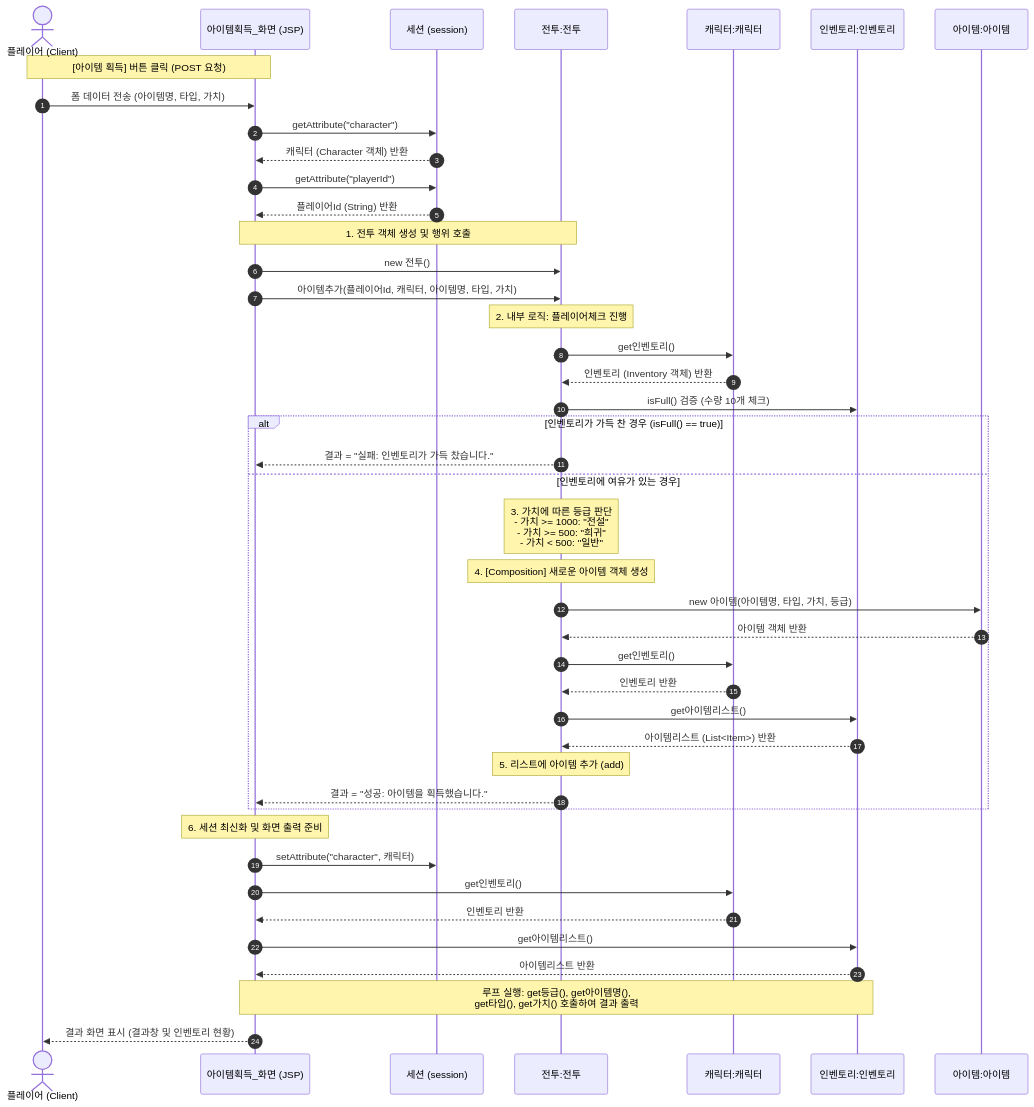
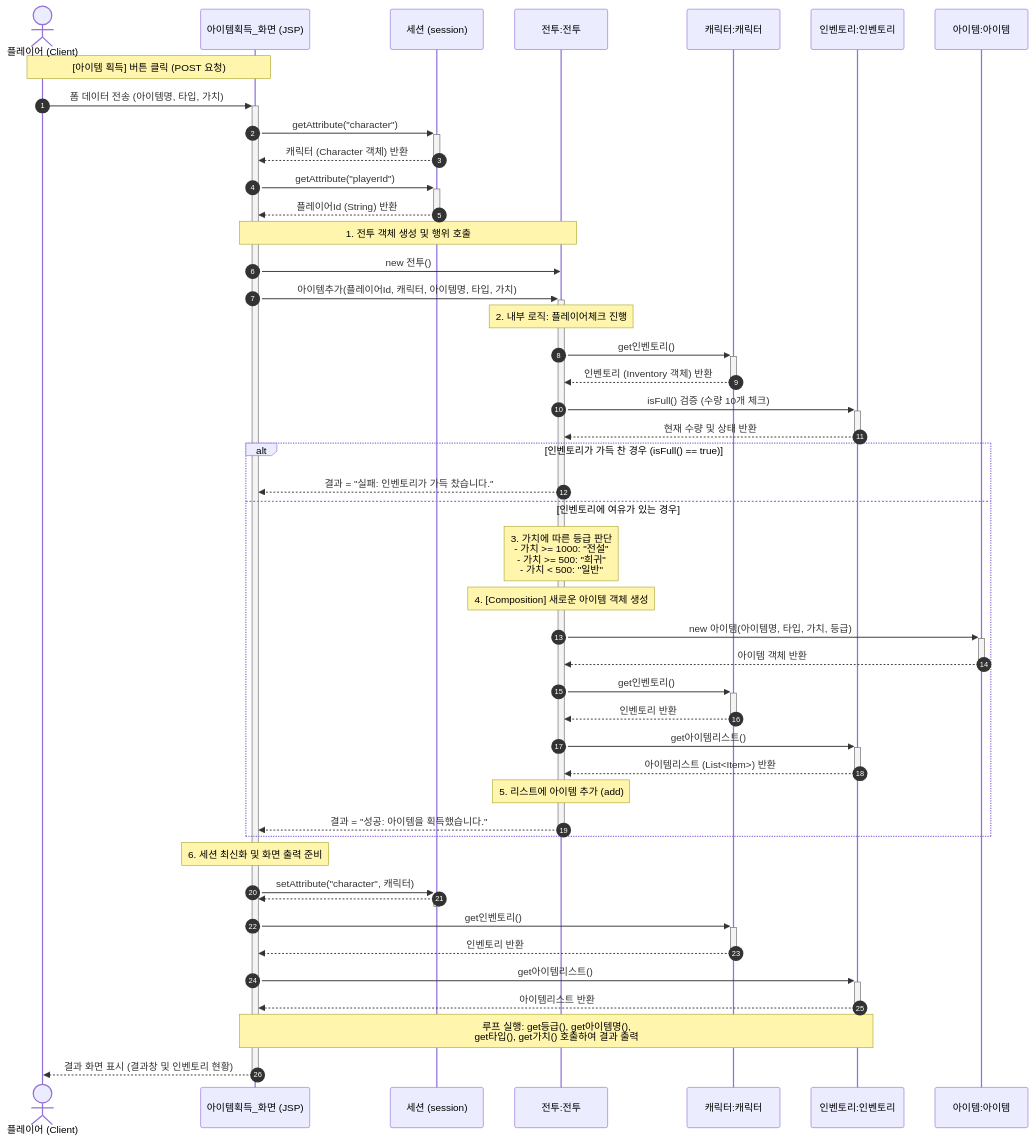
One commit to Sewqp/DnF_Battle2_B_06- changed the diagram in 아이템획득순차도.md. Above: the diagram before and after it, drawn with Mermaid.

````diff
--- a/아이템획득순차도.md
+++ b/아이템획득순차도.md
@@ -1,63 +1,65 @@
 ```mermaid
 sequenceDiagram
     autonumber
     actor 플레이어 as 플레이어 (Client)
     participant 화면 as 아이템획득_화면 (JSP)
     participant 세션 as 세션 (session)
     participant 전투 as 전투:전투
     participant 캐릭터 as 캐릭터:캐릭터
     participant 인벤토리 as 인벤토리:인벤토리
     participant 아이템 as 아이템:아이템
 
     Note over 플레이어, 화면: [아이템 획득] 버튼 클릭 (POST 요청)
-    플레이어->>화면: 폼 데이터 전송 (아이템명, 타입, 가치)
+    플레이어->>+화면: 폼 데이터 전송 (아이템명, 타입, 가치)
     
     %% 세션 확인 단계
-    화면->>세션: getAttribute("character")
-    세션-->>화면: 캐릭터 (Character 객체) 반환
-    화면->>세션: getAttribute("playerId")
-    세션-->>화면: 플레이어Id (String) 반환
+    화면->>+세션: getAttribute("character")
+    세션-->>-화면: 캐릭터 (Character 객체) 반환
+    화면->>+세션: getAttribute("playerId")
+    세션-->>-화면: 플레이어Id (String) 반환
 
     %% 비즈니스 로직 시작
     Note over 화면, 전투: 1. 전투 객체 생성 및 행위 호출
     화면->>전투: new 전투()
-    화면->>전투: 아이템추가(플레이어Id, 캐릭터, 아이템명, 타입, 가치)
+    화면->>+전투: 아이템추가(플레이어Id, 캐릭터, 아이템명, 타입, 가치)
     
     %% 요구사항: 플레이어 체크 및 인벤토리 체크
     Note over 전투: 2. 내부 로직: 플레이어체크 진행
-    전투->>캐릭터: get인벤토리()
-    캐릭터-->>전투: 인벤토리 (Inventory 객체) 반환
+    전투->>+캐릭터: get인벤토리()
+    캐릭터-->>-전투: 인벤토리 (Inventory 객체) 반환
     
-    전투->>인벤토리: isFull() 검증 (수량 10개 체크)
+    전투->>+인벤토리: isFull() 검증 (수량 10개 체크)
+    인벤토리-->>-전투: 현재 수량 및 상태 반환
     
     alt 인벤토리가 가득 찬 경우 (isFull() == true)
         전투-->>화면: 결과 = "실패: 인벤토리가 가득 찼습니다."
     else 인벤토리에 여유가 있는 경우
         Note over 전투: 3. 가치에 따른 등급 판단<br/>- 가치 >= 1000: "전설"<br/>- 가치 >= 500: "희귀"<br/>- 가치 < 500: "일반"
         
         Note over 전투: 4. [Composition] 새로운 아이템 객체 생성
-        전투->>아이템: new 아이템(아이템명, 타입, 가치, 등급)
-        아이템-->>전투: 아이템 객체 반환
+        전투->>+아이템: new 아이템(아이템명, 타입, 가치, 등급)
+        아이템-->>-전투: 아이템 객체 반환
         
-        전투->>캐릭터: get인벤토리()
-        캐릭터-->>전투: 인벤토리 반환
-        전투->>인벤토리: get아이템리스트()
-        인벤토리-->>전투: 아이템리스트 (List<Item>) 반환
+        전투->>+캐릭터: get인벤토리()
+        캐릭터-->>-전투: 인벤토리 반환
+        전투->>+인벤토리: get아이템리스트()
+        인벤토리-->>-전투: 아이템리스트 (List<Item>) 반환
         
         Note over 전투: 5. 리스트에 아이템 추가 (add)
-        전투-->>화면: 결과 = "성공: 아이템을 획득했습니다."
+        전투-->>-화면: 결과 = "성공: 아이템을 획득했습니다."
     end
 
     %% 세션 저장 및 화면 최신화
     Note over 화면: 6. 세션 최신화 및 화면 출력 준비
-    화면->>세션: setAttribute("character", 캐릭터)
+    화면->>+세션: setAttribute("character", 캐릭터)
+    세션-->>-화면: 
     
-    화면->>캐릭터: get인벤토리()
-    캐릭터-->>화면: 인벤토리 반환
-    화면->>인벤토리: get아이템리스트()
-    인벤토리-->>화면: 아이템리스트 반환
+    화면->>+캐릭터: get인벤토리()
+    캐릭터-->>-화면: 인벤토리 반환
+    화면->>+인벤토리: get아이템리스트()
+    인벤토리-->>-화면: 아이템리스트 반환
     
     Note over 화면, 인벤토리: 루프 실행: get등급(), get아이템명(),<br/>get타입(), get가치() 호출하여 결과 출력
     
-    화면-->>플레이어: 결과 화면 표시 (결과창 및 인벤토리 현황)
+    화면-->>-플레이어: 결과 화면 표시 (결과창 및 인벤토리 현황)
 ```
````
